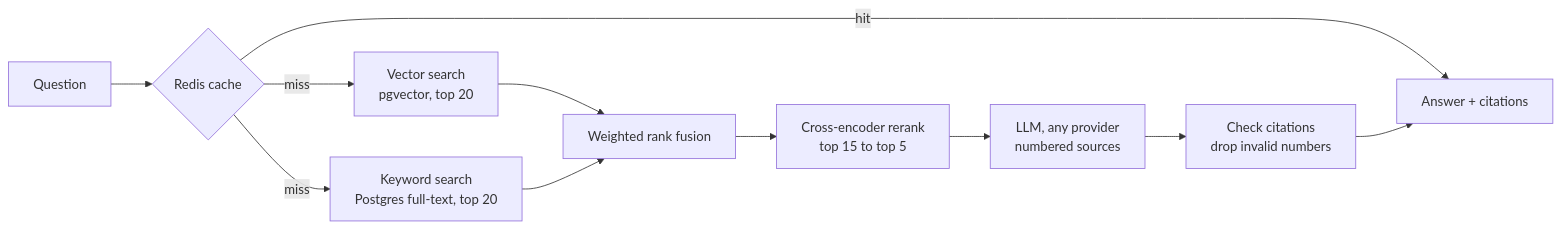
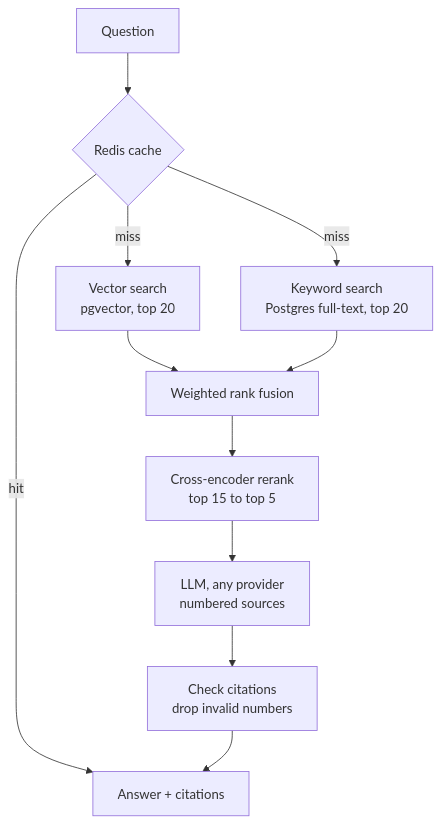
One commit to akhil-sajan-mathew/krishi-rag changed the diagram in README.md. Above: the diagram before and after it, drawn with Mermaid.

Commit message:
README: draw the architecture diagram top to bottom so it stays readable

````diff
--- a/README.md
+++ b/README.md
@@ -17,13 +17,13 @@
 ```mermaid
-flowchart LR
+flowchart TD
     Q[Question] --> C{Redis cache}
     C -- hit --> A[Answer + citations]
     C -- miss --> V[Vector search<br/>pgvector, top 20]
     C -- miss --> K[Keyword search<br/>Postgres full-text, top 20]
     V --> F[Weighted rank fusion]
     K --> F
     F --> R[Cross-encoder rerank<br/>top 15 to top 5]
     R --> L[LLM, any provider<br/>numbered sources]
     L --> P[Check citations<br/>drop invalid numbers]
     P --> A
 ```
````
